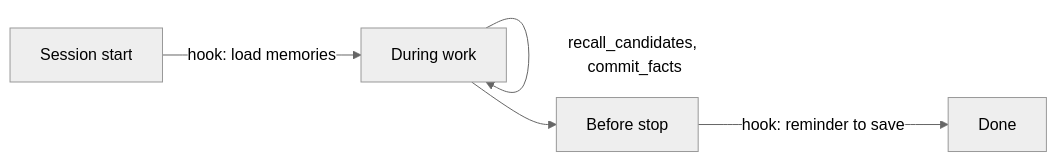
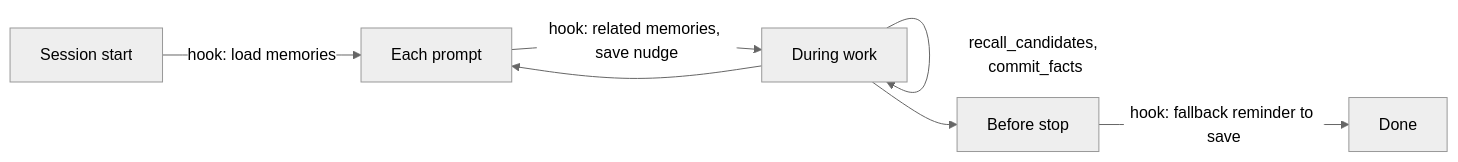
Before and after one commit to arkrwn/memoryos: the second of 2 diagrams in README.md, drawn with Mermaid (neutral theme). The commit also changed other lines of this file and 8 other files, not shown here.

First line of the commit message:
feat: hooks | prompt hook, richer session start, default scopes in the proxy

````diff
--- a/README.md
+++ b/README.md
@@ -164,7 +164,9 @@
 ```mermaid
 flowchart LR
-    A[Session start] -->|hook: load memories| B[During work]
-    B -->|recall_candidates, commit_facts| B
-    B --> C[Before stop]
-    C -->|hook: reminder to save| D[Done]
+    A[Session start] -->|hook: load memories| B[Each prompt]
+    B -->|hook: related memories, save nudge| C[During work]
+    C -->|recall_candidates, commit_facts| C
+    C --> B
+    C --> D[Before stop]
+    D -->|hook: fallback reminder to save| E[Done]
 ```
````
